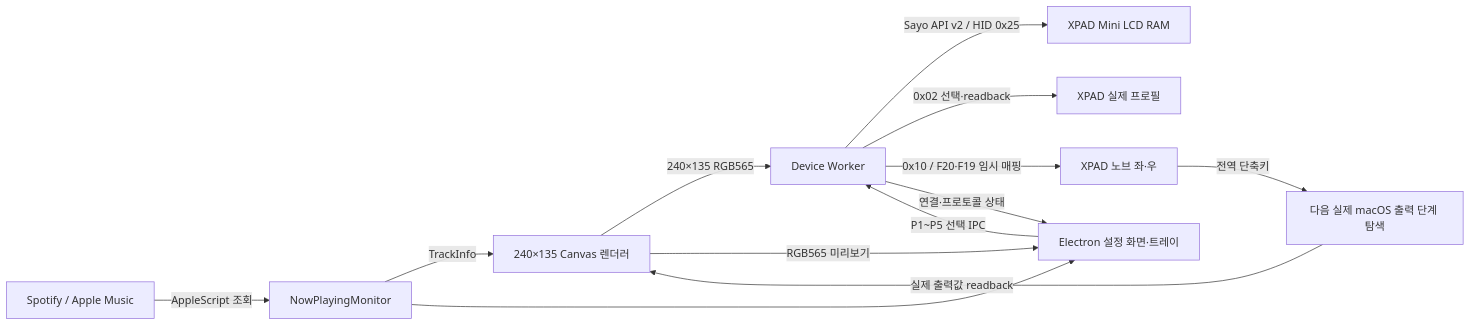
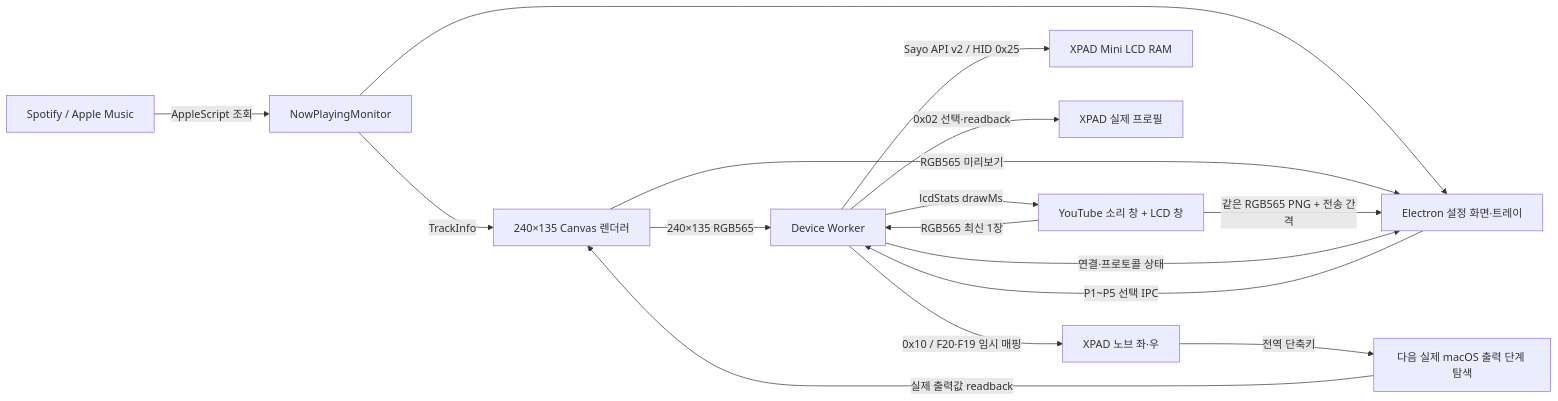
The diagram in docs/DEVELOPMENT_REPORT.md (zime78/XPAD-mini-Led), drawn with Mermaid before and after one commit. The commit also changed other lines of this file and 28 other files, not shown here.

Commit message:
Match YouTube LCD capture to HID and show send interval

````diff
--- a/docs/DEVELOPMENT_REPORT.md
+++ b/docs/DEVELOPMENT_REPORT.md
@@ -51,15 +51,18 @@
 ```mermaid
 flowchart LR
     A[Spotify / Apple Music] -->|AppleScript 조회| B[NowPlayingMonitor]
     B -->|TrackInfo| C[240×135 Canvas 렌더러]
     C -->|240×135 RGB565| D[Device Worker]
+    Y[YouTube 소리 창 + LCD 창] -->|RGB565 최신 1장| D
     D -->|Sayo API v2 / HID 0x25| E[XPAD Mini LCD RAM]
+    D -->|lcdStats drawMs| Y
     F -->|P1~P5 선택 IPC| D
     D -->|0x02 선택·readback| I[XPAD 실제 프로필]
     D -->|0x10 / F20·F19 임시 매핑| G[XPAD 노브 좌·우]
     G -->|전역 단축키| H[다음 실제 macOS 출력 단계 탐색]
     H -->|실제 출력값 readback| C
     B --> F[Electron 설정 화면·트레이]
     C -->|RGB565 미리보기| F
+    Y -->|같은 RGB565 PNG + 전송 간격| F
     D -->|연결·프로토콜 상태| F
 ```
````
